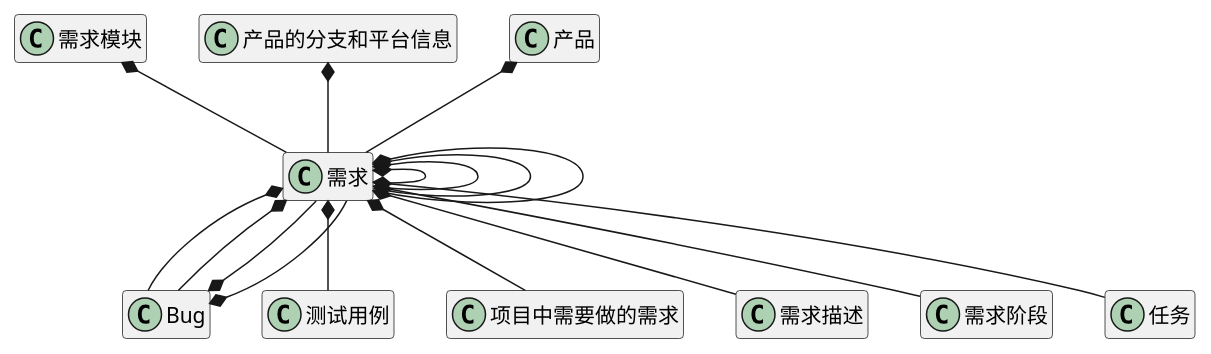
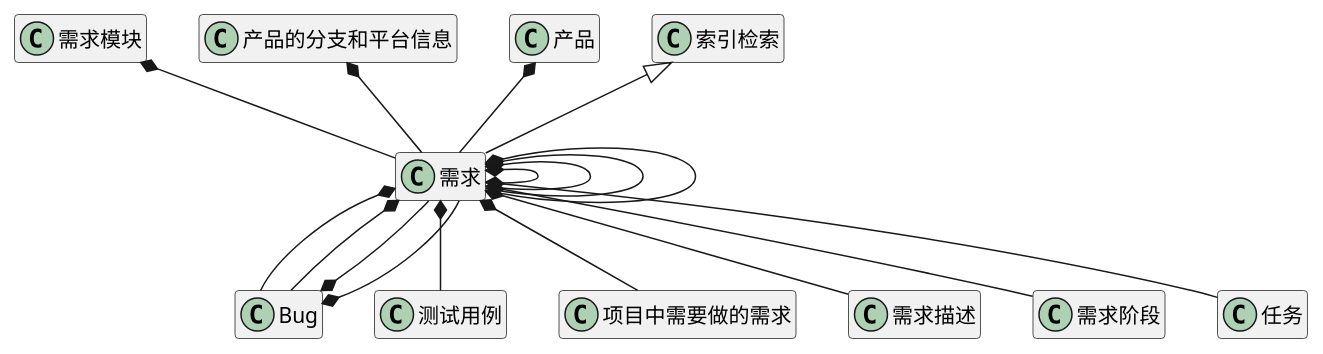
One commit to zj335841911/nt_chandao changed the first of 9 diagrams in ibizpms-docs/src/main/doc/v1/module/zentao/Story_old.md. Above: the diagram before and after it, drawn with PlantUML. The commit also changed 31 other files, not shown here.

```diff
--- a/ibizpms-docs/src/main/doc/v1/module/zentao/Story_old.md
+++ b/ibizpms-docs/src/main/doc/v1/module/zentao/Story_old.md
@@ -6,19 +6,20 @@
 {% plantuml %}
 需求 *-- Bug 
 需求 *-- Bug 
 需求 *-- 测试用例 
 需求 *-- 项目中需要做的需求 
 需求 *-- 需求描述 
 需求 *-- 需求阶段 
 需求 *-- 需求 
 需求 *-- 任务 
 需求 *-- 需求 
 需求模块 *-- 需求 
 产品的分支和平台信息 *-- 需求 
 Bug *-- 需求 
 Bug *-- 需求 
 产品 *-- 需求 
 需求 *-- 需求 
 需求 *-- 需求 
+索引检索 <|-- 需求 
 hide members
 {% endplantuml %}
```
